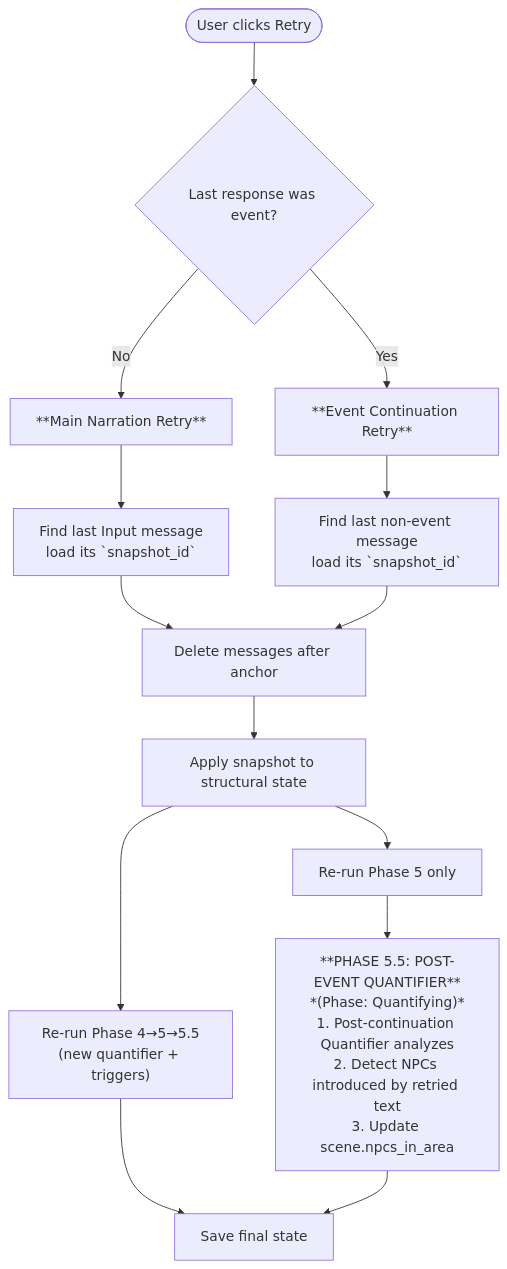
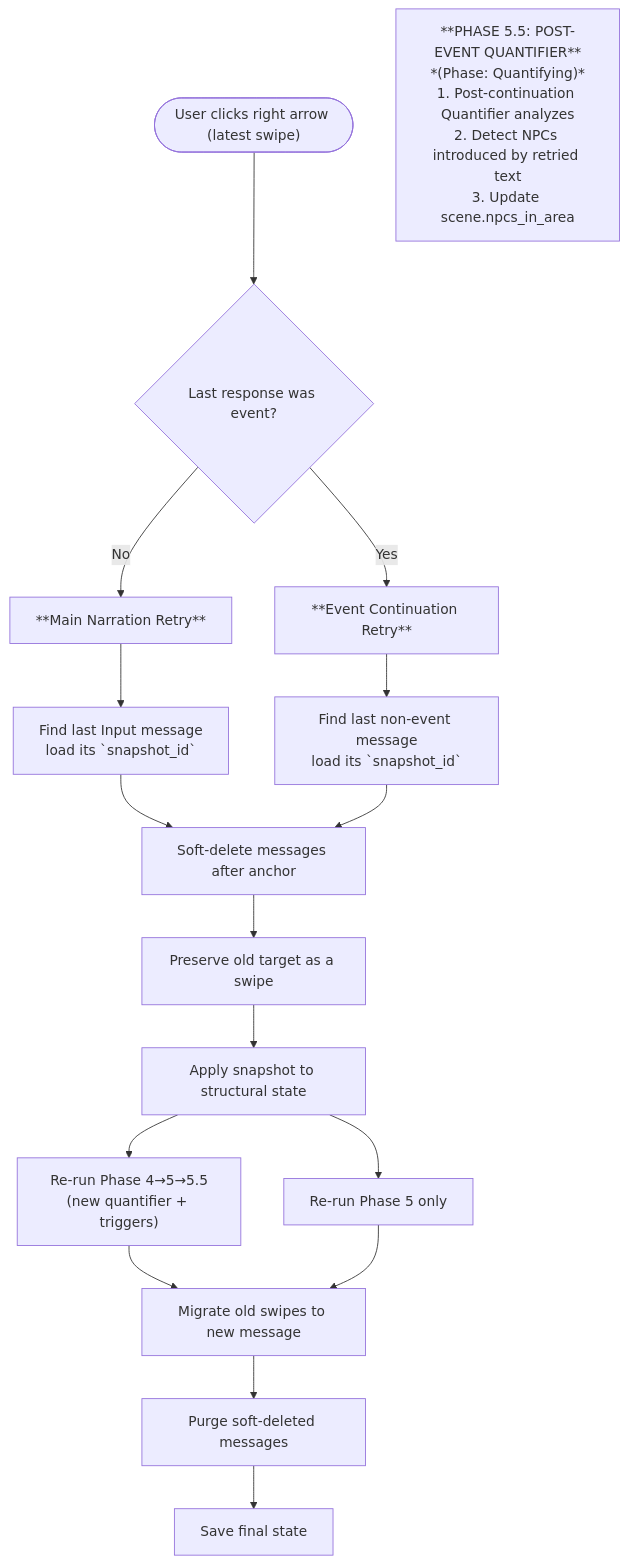
Before and after one commit to notsonormal/chronicler-engine: the third of 3 diagrams in chronicler_engine/docs/system/game_flow.md, drawn with Mermaid. The commit also changed other lines of this file and 45 other files, not shown here.

First line of the commit message:
feat(engine): reintroduce per-message swipes with dedicated table

````diff
--- a/chronicler_engine/docs/system/game_flow.md
+++ b/chronicler_engine/docs/system/game_flow.md
@@ -143,29 +143,34 @@
 ```mermaid
 flowchart TD
-    Start(["User clicks Retry"])
+    Start(["User clicks right arrow (latest swipe)"])
     Check{Last response was event?}
     Main["**Main Narration Retry**"]
     Event["**Event Continuation Retry**"]
     FindMain["Find last Input message<br>load its `snapshot_id`"]
     FindEvent["Find last non-event message<br>load its `snapshot_id`"]
-    Pop["Delete messages after anchor"]
+    SoftDelete["Soft-delete messages after anchor"]
+    Preserve["Preserve old target as a swipe"]
     Apply["Apply snapshot to structural state"]
     ReGenMain["Re-run Phase 4→5→5.5<br>(new quantifier + triggers)"]
     ReGenEvent["Re-run Phase 5 only"]
     Phase55["**PHASE 5.5: POST-EVENT QUANTIFIER**<br>*(Phase: Quantifying)*<br>1. Post-continuation Quantifier analyzes<br>2. Detect NPCs introduced by retried text<br>3. Update scene.npcs_in_area"]
+    Migrate["Migrate old swipes to new message"]
+    Purge["Purge soft-deleted messages"]
     Save["Save final state"]
 
     Start --> Check
     Check -->|No| Main
     Check -->|Yes| Event
     Main --> FindMain
     Event --> FindEvent
-    FindMain --> Pop
-    FindEvent --> Pop
-    Pop --> Apply
+    FindMain --> SoftDelete
+    FindEvent --> SoftDelete
+    SoftDelete --> Preserve
+    Preserve --> Apply
     Apply --> ReGenMain
     Apply --> ReGenEvent
-    ReGenMain --> Save
-    ReGenEvent --> Phase55
-    Phase55 --> Save
+    ReGenMain --> Migrate
+    ReGenEvent --> Migrate
+    Migrate --> Purge
+    Purge --> Save
 ```
````
